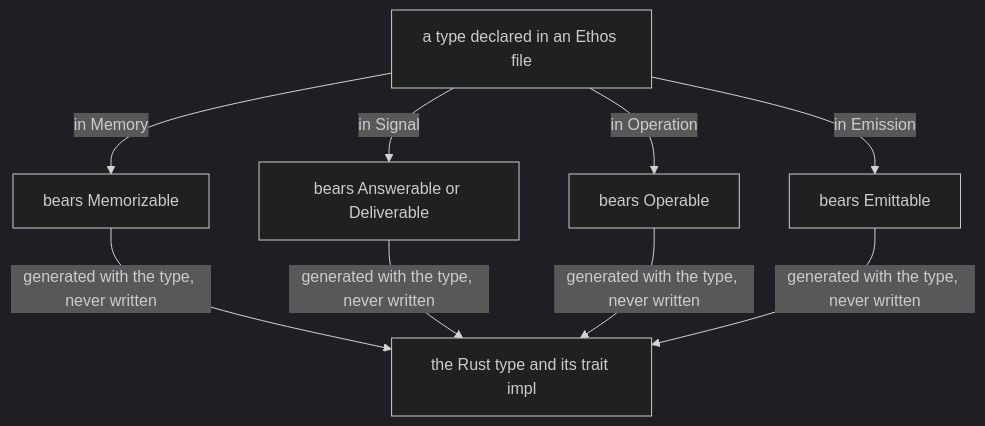
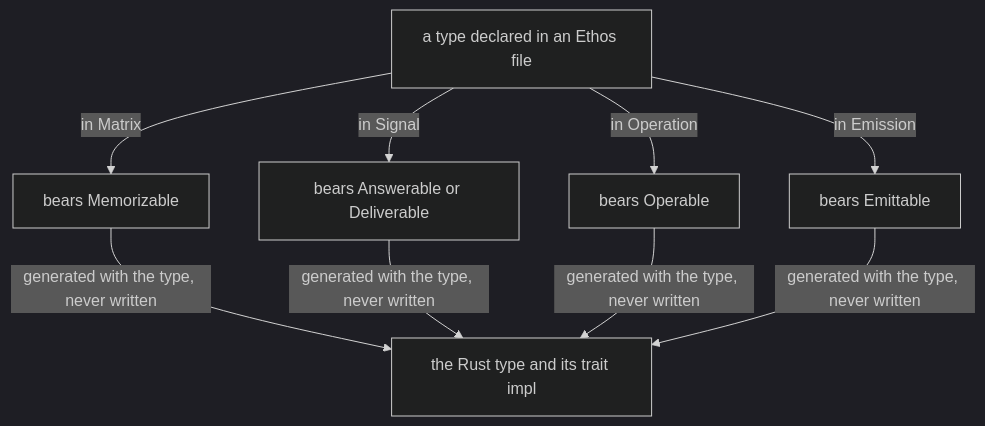
The diagram in vision/ethos-nexus/0.md (LiGoldragon/psyche-belief), drawn with Mermaid (dark theme) before and after one commit. The commit also changed 17 other files, not shown here.

Commit message:
Rename Flow Nexus version 1 to the Loom, Memory to Matrix, on his word

````diff
--- a/vision/ethos-nexus/0.md
+++ b/vision/ethos-nexus/0.md
@@ -301,11 +301,11 @@
 ```mermaid
 flowchart TB
-    a["a type declared in an Ethos file"] -- "in Memory" --> b["bears Memorizable"]
+    a["a type declared in an Ethos file"] -- "in Matrix" --> b["bears Memorizable"]
     a -- "in Signal" --> c["bears Answerable or Deliverable"]
     a -- "in Operation" --> d["bears Operable"]
     a -- "in Emission" --> f["bears Emittable"]
     b -- "generated with the type, never written" --> e["the Rust type and its trait impl"]
     c -- "generated with the type, never written" --> e
     d -- "generated with the type, never written" --> e
     f -- "generated with the type, never written" --> e
 ```
````
